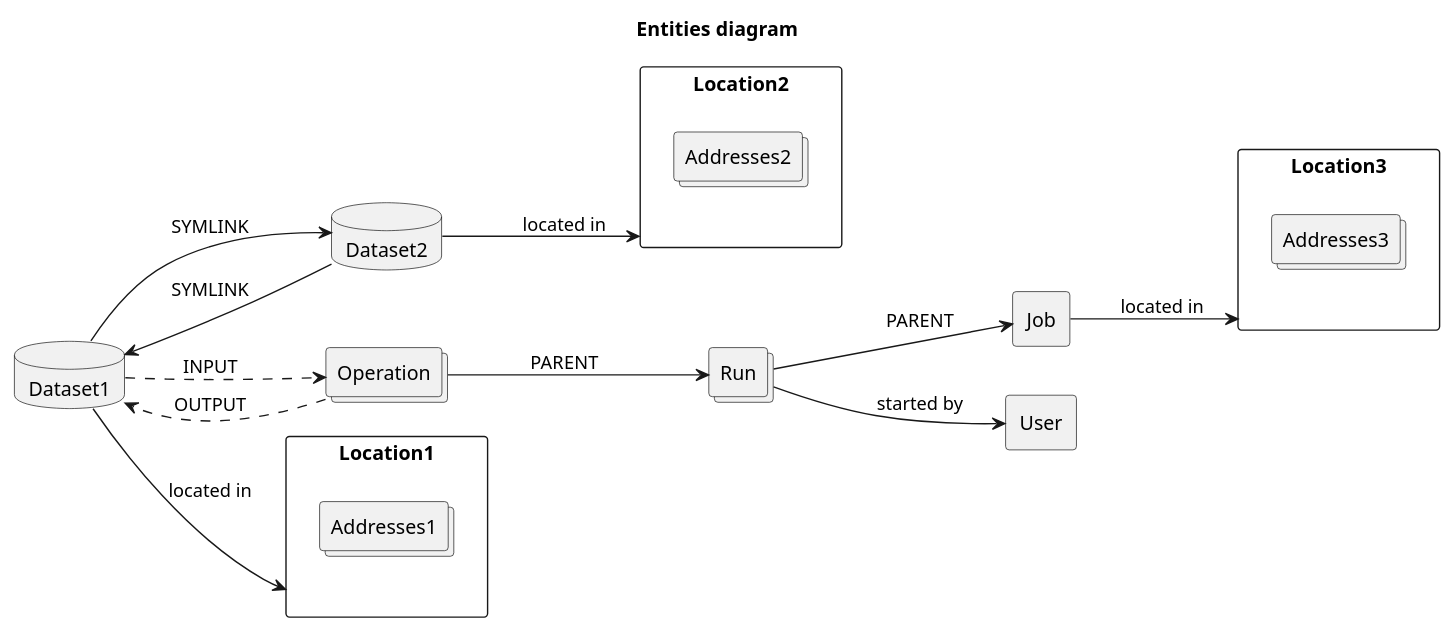
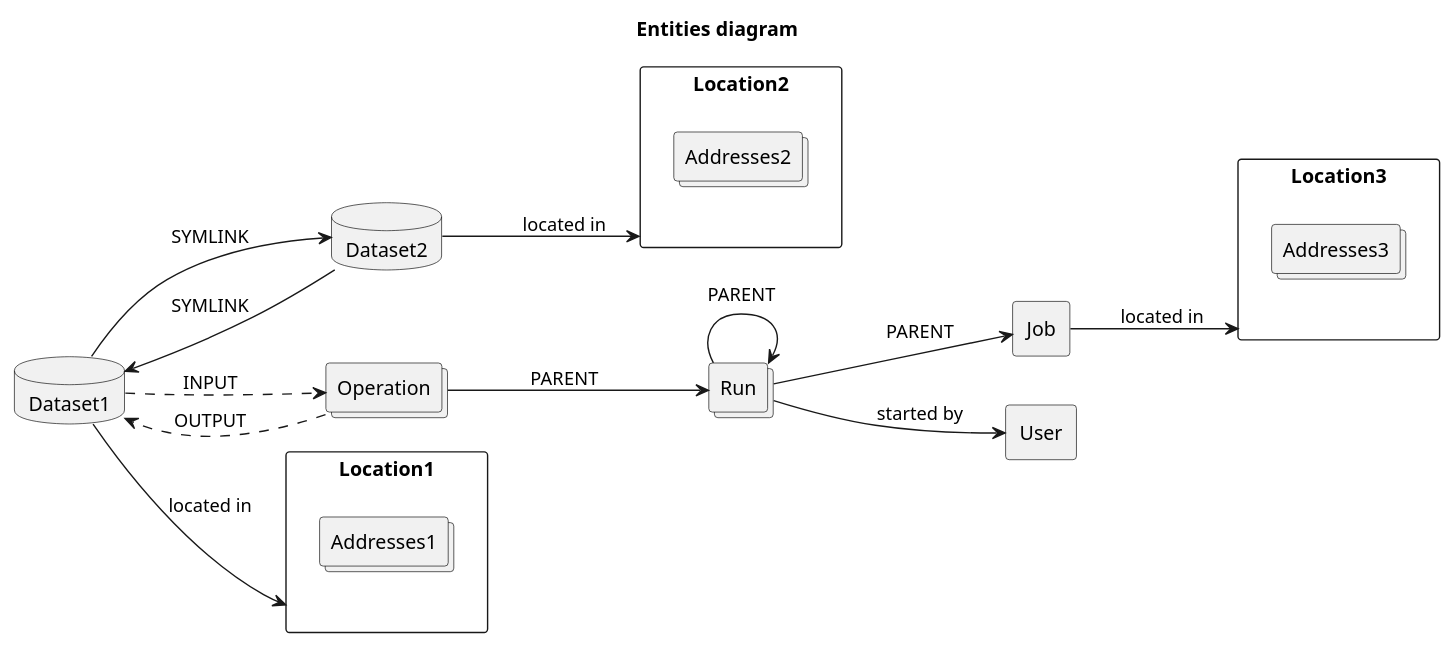
One commit to MobileTeleSystems/data-rentgen changed the diagram in docs/entities.rst. Above: the diagram before and after it, drawn with PlantUML. The commit also changed other lines of this file and 2 other files, not shown here.

```diff
--- a/docs/entities.rst
+++ b/docs/entities.rst
@@ -6,35 +6,36 @@
 .. plantuml::
 
     @startuml
         title Entities diagram
         skinparam componentStyle rectangle
         left to right direction
 
         component Location1 {
             collections Addresses1
         }
         component Location2 {
             collections Addresses2
         }
         component Location3 {
             collections Addresses3
         }
         database Dataset1
         database Dataset2
         component Job
         collections Run
         collections Operation
         component User
 
         [Dataset1] --> [Location1]: located in
         [Dataset2] --> [Location2]: located in
         [Dataset1] --> [Dataset2]: SYMLINK
         [Dataset2] --> [Dataset1]: SYMLINK
         [Job] --> [Location3]: located in
         [Run] --> [Job]: PARENT
         [Operation] --> [Run]: PARENT
         [Run] --> [User]: started by
+        [Run] --> [Run]: PARENT
         [Dataset1] ..> [Operation]: INPUT
         [Operation] ..> [Dataset1]: OUTPUT
 
     @enduml
```
